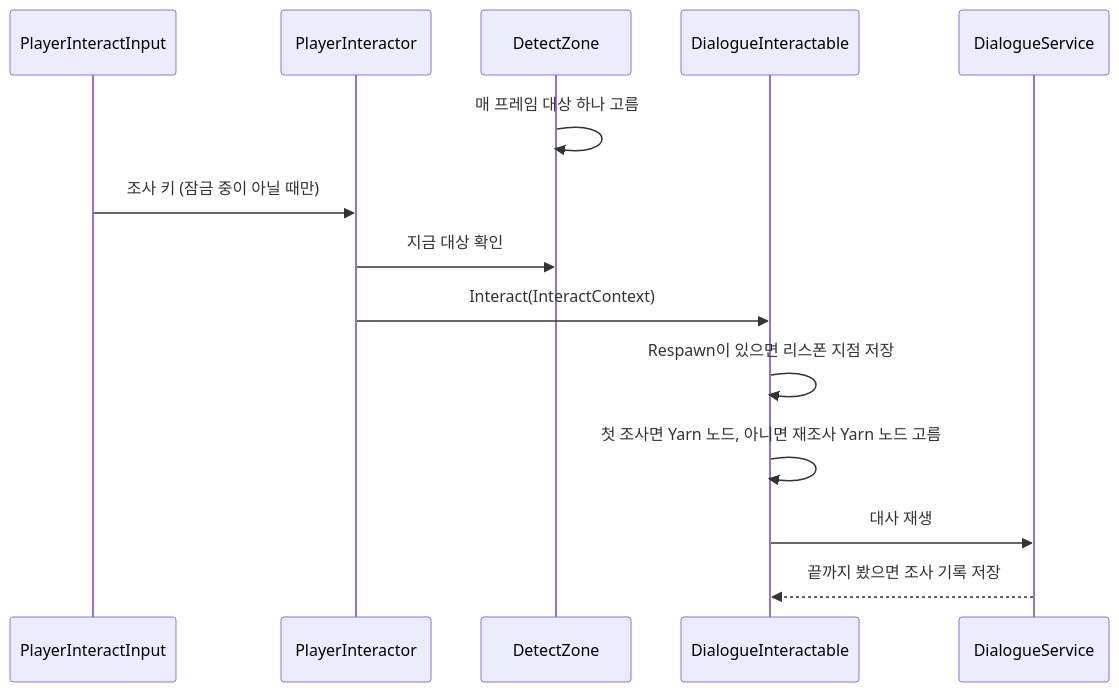
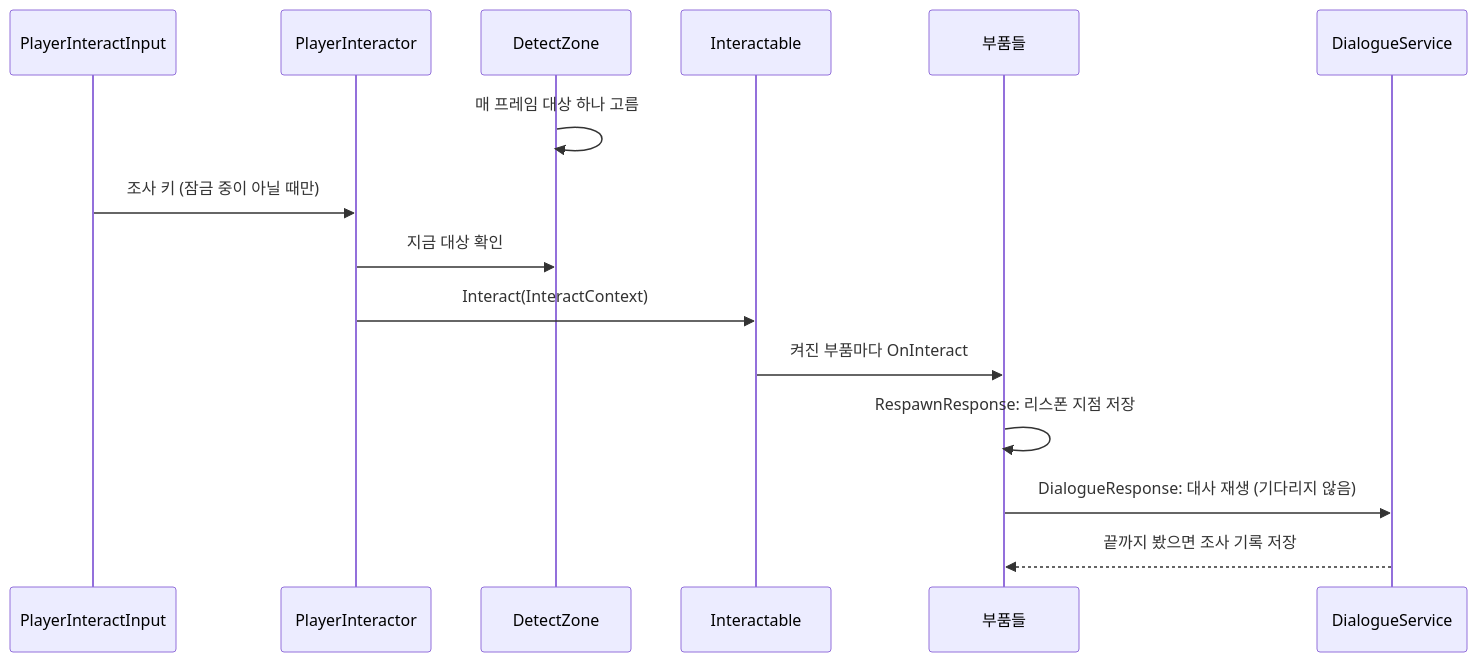
One commit to GaaamJ/Gaze changed the diagram in Docs/기획서/시스템/상호작용 시스템.md. Above: the diagram before and after it, drawn with Mermaid. The commit also changed other lines of this file and 30 other files, not shown here.

````diff
--- a/Docs/기획서/시스템/상호작용 시스템.md
+++ b/Docs/기획서/시스템/상호작용 시스템.md
@@ -37,17 +42,18 @@
 ```mermaid
 sequenceDiagram
     participant I as PlayerInteractInput
     participant P as PlayerInteractor
     participant Z as DetectZone
-    participant T as DialogueInteractable
+    participant E as Interactable
+    participant R as 부품들
     participant D as DialogueService
 
     Z->>Z: 매 프레임 대상 하나 고름
     I->>P: 조사 키 (잠금 중이 아닐 때만)
     P->>Z: 지금 대상 확인
-    P->>T: Interact(InteractContext)
-    T->>T: Respawn이 있으면 리스폰 지점 저장
-    T->>T: 첫 조사면 Yarn 노드, 아니면 재조사 Yarn 노드 고름
-    T->>D: 대사 재생
-    D-->>T: 끝까지 봤으면 조사 기록 저장
+    P->>E: Interact(InteractContext)
+    E->>R: 켜진 부품마다 OnInteract
+    R->>R: RespawnResponse: 리스폰 지점 저장
+    R->>D: DialogueResponse: 대사 재생 (기다리지 않음)
+    D-->>R: 끝까지 봤으면 조사 기록 저장
 ```
````
